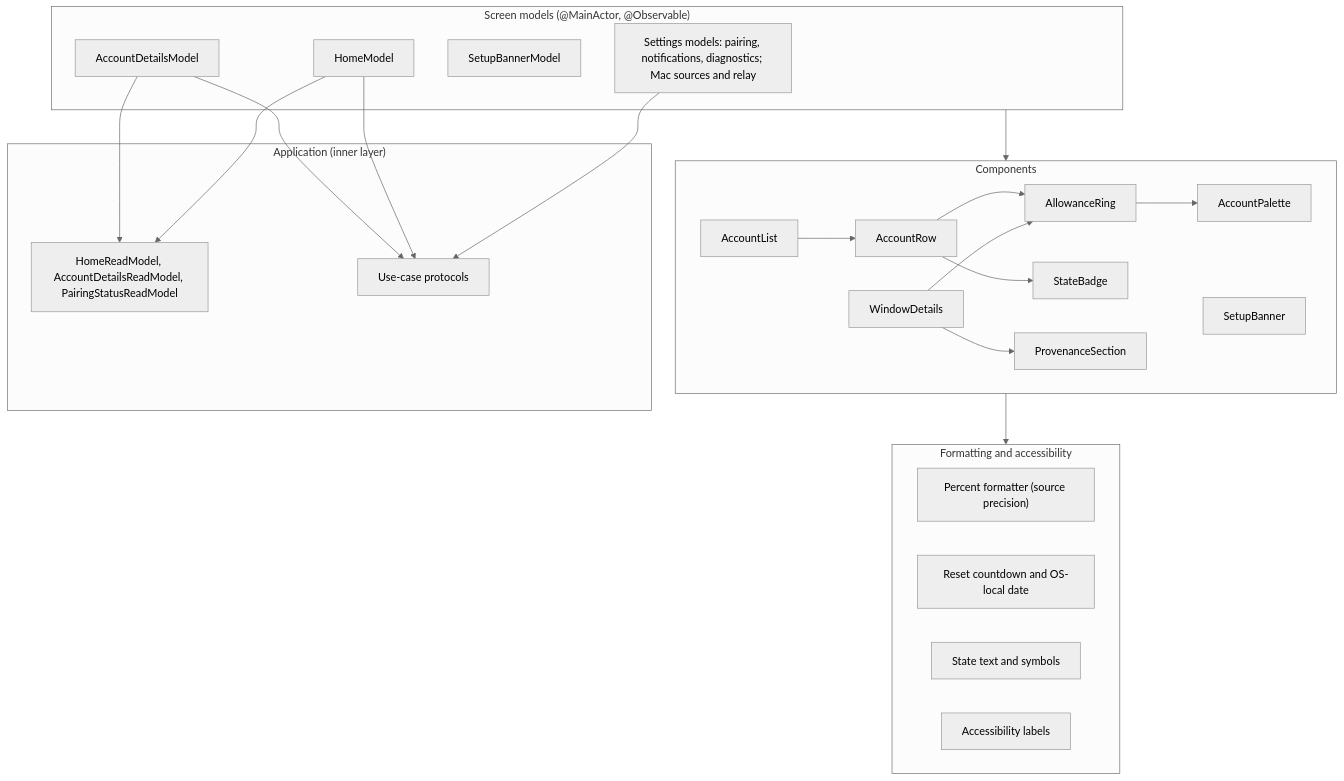
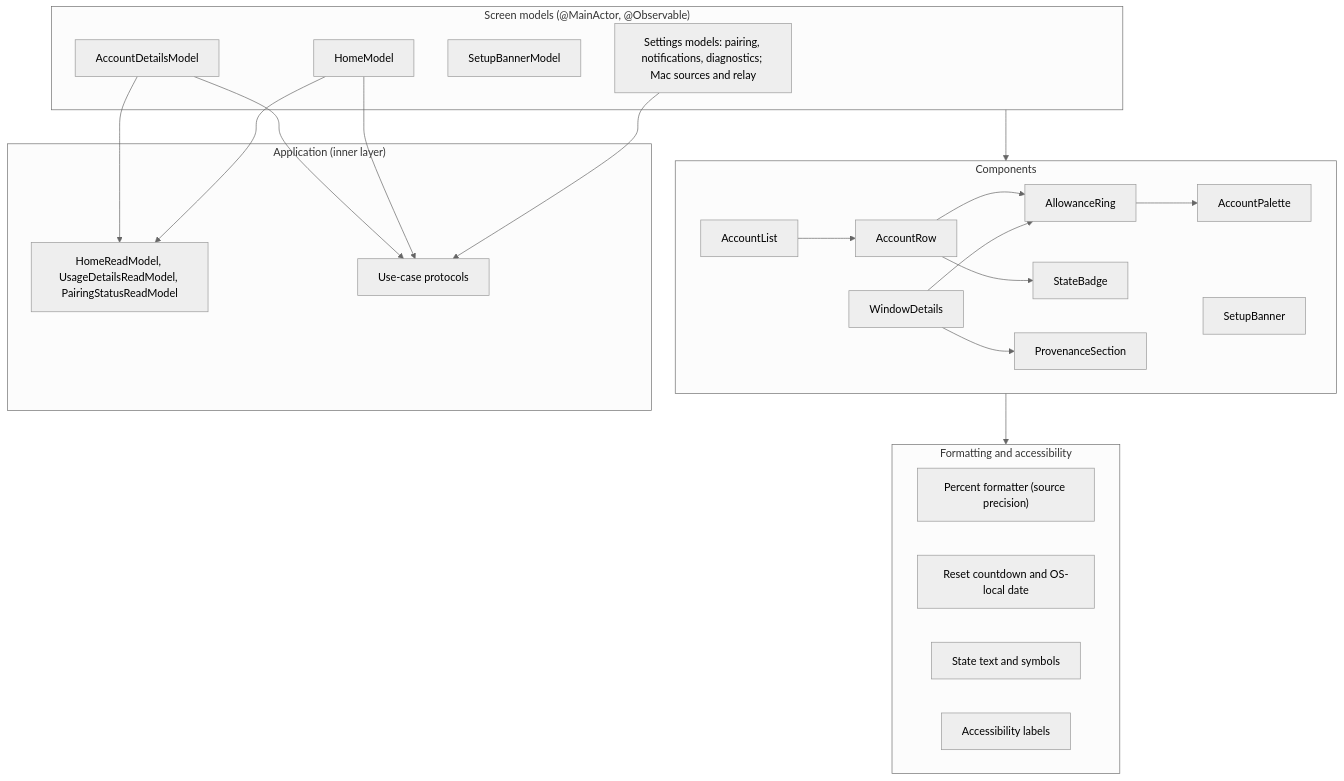
One commit to pastry-personal5/reset-radar changed the diagram in docs/architecture/ui.md. Above: the diagram before and after it, drawn with Mermaid (neutral theme). The commit also changed other lines of this file and 13 other files, not shown here.

````diff
--- a/docs/architecture/ui.md
+++ b/docs/architecture/ui.md
@@ -25,42 +25,42 @@
 ```mermaid
 flowchart TB
   subgraph Screens["Screen models (@MainActor, @Observable)"]
     HomeModel
     AccountDetailsModel
     SetupBannerModel
     SettingsModels["Settings models: pairing, notifications, diagnostics; Mac sources and relay"]
   end
   subgraph Components["Components"]
     AccountList
     AccountRow
     AccountPalette
     AllowanceRing
     WindowDetails
     StateBadge
     ProvenanceSection
     SetupBanner
   end
   subgraph Formatting["Formatting and accessibility"]
     PercentFormatter["Percent formatter (source precision)"]
     ResetFormatter["Reset countdown and OS-local date"]
     StateText["State text and symbols"]
     A11y["Accessibility labels"]
   end
   subgraph AppLayer["Application (inner layer)"]
-    ReadModels["HomeReadModel, AccountDetailsReadModel, PairingStatusReadModel"]
+    ReadModels["HomeReadModel, UsageDetailsReadModel, PairingStatusReadModel"]
     UseCaseProtocols["Use-case protocols"]
   end
   HomeModel --> ReadModels
   AccountDetailsModel --> ReadModels
   SettingsModels --> UseCaseProtocols
   HomeModel --> UseCaseProtocols
   AccountDetailsModel --> UseCaseProtocols
   AccountList --> AccountRow
   AccountRow --> AllowanceRing
   AllowanceRing --> AccountPalette
   AccountRow --> StateBadge
   WindowDetails --> AllowanceRing
   WindowDetails --> ProvenanceSection
   Components --> Formatting
   Screens --> Components
 ```
````
